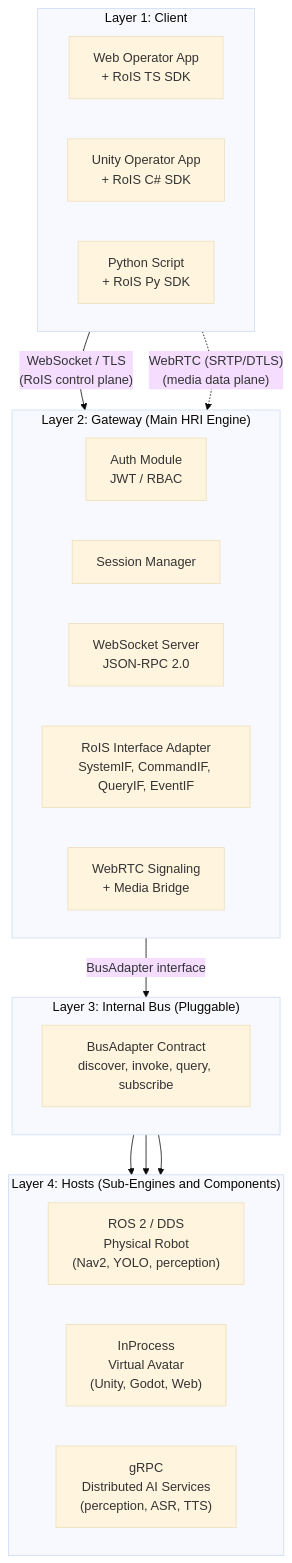
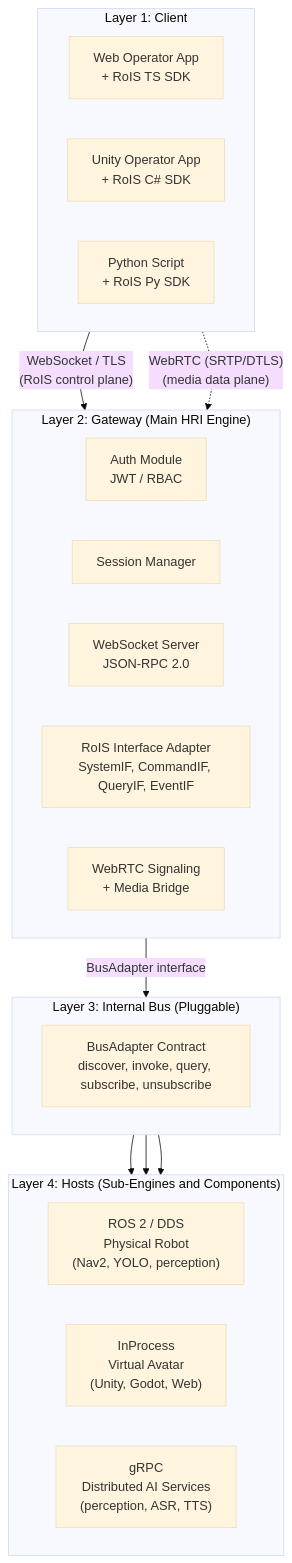
The third of 17 diagrams in docs/white-paper.md (openrois/OpenRoIS), drawn with Mermaid (base theme) before and after one commit. The commit also changed other lines of this file and 3 other files, not shown here.

````diff
--- a/docs/white-paper.md
+++ b/docs/white-paper.md
@@ -259,37 +259,37 @@
 ```mermaid
 flowchart TB
     subgraph L1["Layer 1: Client"]
         direction LR
         WebApp["Web Operator App<br/>+ RoIS TS SDK"]
         UnityApp["Unity Operator App<br/>+ RoIS C# SDK"]
         PyScript["Python Script<br/>+ RoIS Py SDK"]
     end
 
     subgraph L2["Layer 2: Gateway (Main HRI Engine)"]
         direction LR
         Auth["Auth Module<br/>JWT / RBAC"]
         Session["Session Manager"]
         WSServer["WebSocket Server<br/>JSON-RPC 2.0"]
         RoISAdapter["RoIS Interface Adapter<br/>SystemIF, CommandIF, QueryIF, EventIF"]
         WebRTCBridge["WebRTC Signaling<br/>+ Media Bridge"]
     end
 
     subgraph L3["Layer 3: Internal Bus (Pluggable)"]
         direction LR
-        BusAdapter["BusAdapter Contract<br/>discover, invoke, query, subscribe"]
+        BusAdapter["BusAdapter Contract<br/>discover, invoke, query, subscribe, unsubscribe"]
     end
 
     subgraph L4["Layer 4: Hosts (Sub-Engines and Components)"]
         direction LR
         Robot["ROS 2 / DDS<br/>Physical Robot<br/>(Nav2, YOLO, perception)"]
         Avatar["InProcess<br/>Virtual Avatar<br/>(Unity, Godot, Web)"]
         Services["gRPC<br/>Distributed AI Services<br/>(perception, ASR, TTS)"]
     end
 
     L1 -->|"WebSocket / TLS<br/>(RoIS control plane)"| L2
     L1 -.->|"WebRTC (SRTP/DTLS)<br/>(media data plane)"| L2
     L2 -->|"BusAdapter interface"| L3
     L3 --> Robot
     L3 --> Avatar
     L3 --> Services
 ```
````
